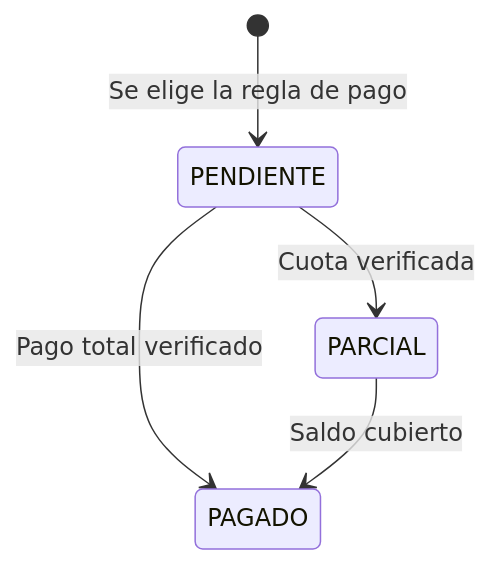
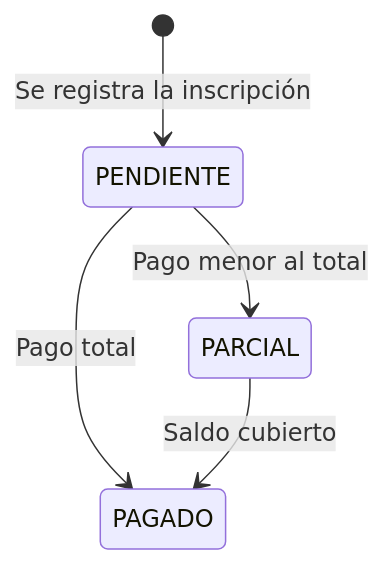
Before and after one commit to soujamt/cepre-unu: the tenth of 11 diagrams in FLUJO_PROCESOS_CEPRE.md, drawn with Mermaid. The commit also changed other lines of this file, not shown here.

````diff
--- a/FLUJO_PROCESOS_CEPRE.md
+++ b/FLUJO_PROCESOS_CEPRE.md
@@ -268,7 +304,7 @@
 ```mermaid
 stateDiagram-v2
-    [*] --> PENDIENTE: Se elige la regla de pago
-    PENDIENTE --> PARCIAL: Cuota verificada
-    PENDIENTE --> PAGADO: Pago total verificado
+    [*] --> PENDIENTE: Se registra la inscripción
+    PENDIENTE --> PARCIAL: Pago menor al total
+    PENDIENTE --> PAGADO: Pago total
     PARCIAL --> PAGADO: Saldo cubierto
 ```
````
